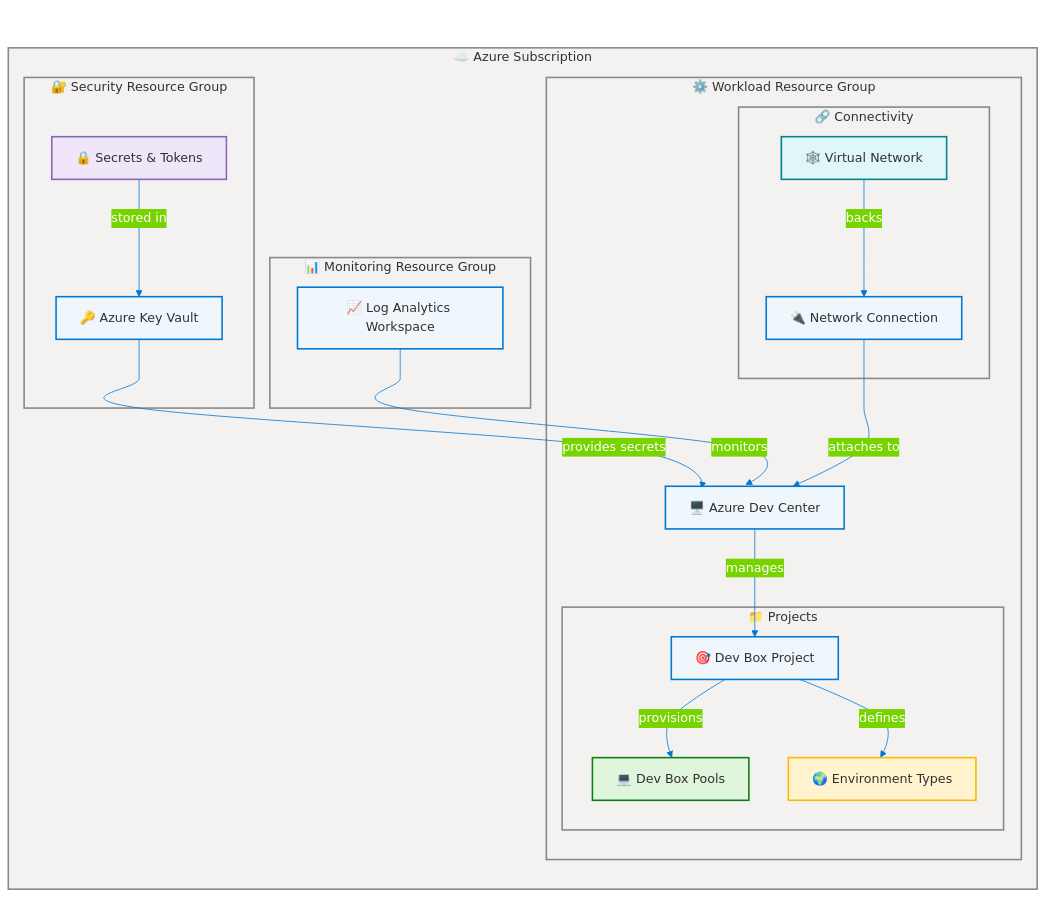
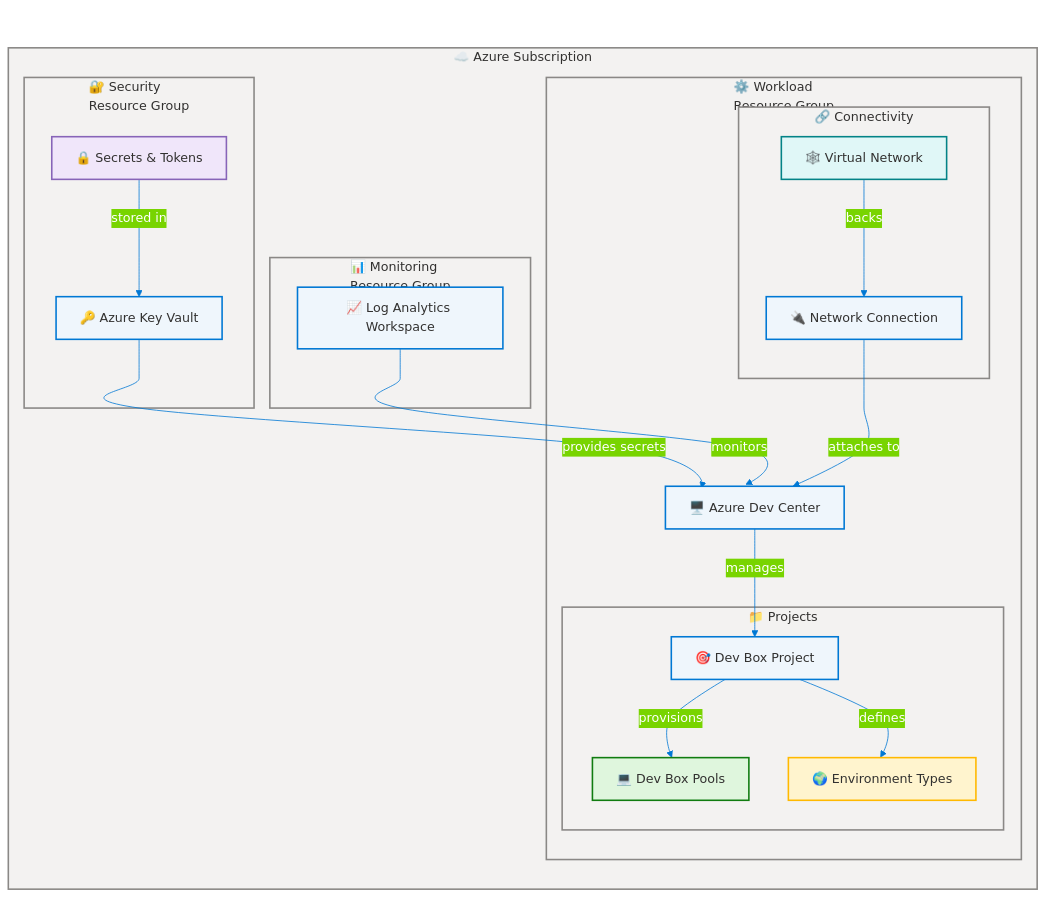
The diagram in README.md (Evilazaro/DevExp-DevBox), drawn with Mermaid before and after one commit.

Commit message:
docs: improve flowchart readability in README.md by adding line breaks in resource group labels

```diff
--- a/README.md
+++ b/README.md
@@ -85,16 +85,16 @@
     subgraph sub["☁️ Azure Subscription"]
         direction TB
 
-        subgraph secRG["🔐 Security Resource Group"]
+        subgraph secRG["🔐 Security<br/>Resource Group"]
             kv["🔑 Azure Key Vault"]:::core
             sec["🔒 Secrets & Tokens"]:::data
         end
 
-        subgraph monRG["📊 Monitoring Resource Group"]
+        subgraph monRG["📊 Monitoring<br/>Resource Group"]
             law["📈 Log Analytics Workspace"]:::core
         end
 
-        subgraph wrkRG["⚙️ Workload Resource Group"]
+        subgraph wrkRG["⚙️ Workload<br/>Resource Group"]
             dc["🖥️ Azure Dev Center"]:::core
 
             subgraph proj["📁 Projects"]
```
